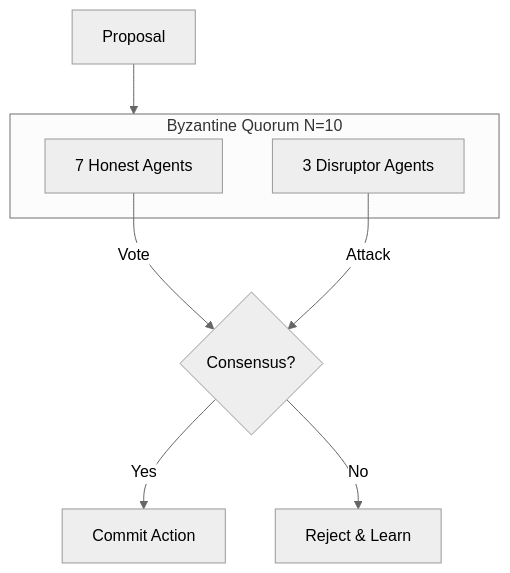
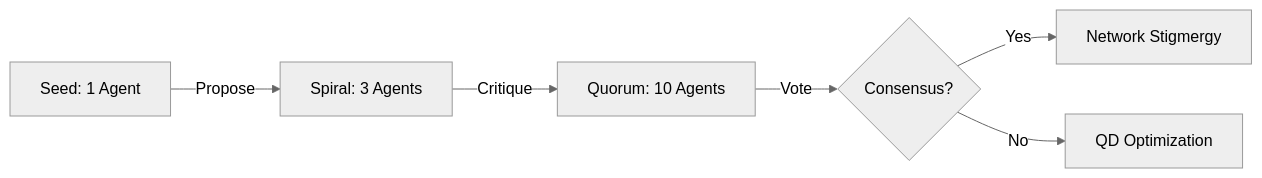
One commit to TTaoGaming/hfo_2025_11 changed the first of 3 diagrams in brain/infrastructure_trust.md. Above: the diagram before and after it, drawn with Mermaid (neutral theme). The commit also changed other lines of this file and 40 other files, not shown here.

````diff
--- a/brain/infrastructure_trust.md
+++ b/brain/infrastructure_trust.md
@@ -28,15 +39,9 @@
 ```mermaid
-graph TD
-    Proposal[Proposal] --> Council
+graph LR
+    Seed[Seed: 1 Agent] -->|Propose| Spiral[Spiral: 3 Agents]
+    Spiral -->|Critique| Quorum[Quorum: 10 Agents]
+    Quorum -->|Vote| Consensus{Consensus?}
 
-    subgraph Council [Byzantine Quorum N=10]
-        Honest[7 Honest Agents]
-        Disrupt[3 Disruptor Agents]
-    end
-
-    Honest -->|Vote| Consensus{Consensus?}
-    Disrupt -->|Attack| Consensus
-
-    Consensus -->|Yes| Commit[Commit Action]
-    Consensus -->|No| Reject[Reject & Learn]
+    Consensus -->|Yes| Stigmergy[Network Stigmergy]
+    Consensus -->|No| Evolution[QD Optimization]
 ```
````
